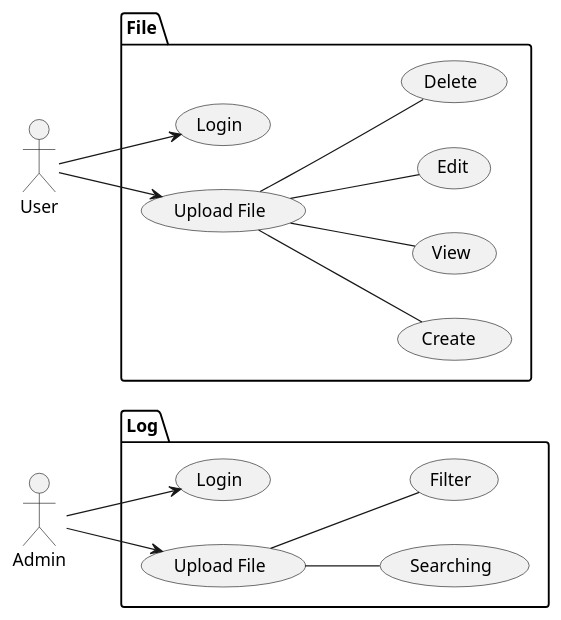
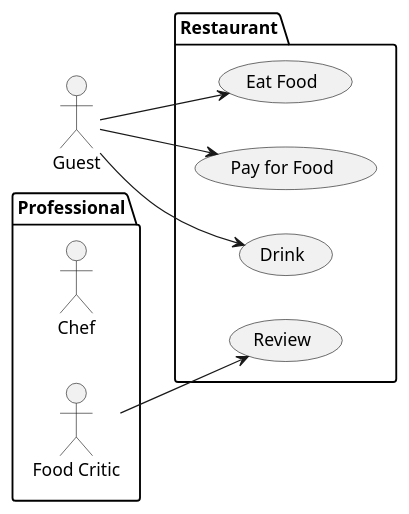
Before and after one commit to baolam101101/log-system: the diagram in docs/usecases.plantuml, drawn with PlantUML. The commit also changed 115 other files, not shown here.

```diff
--- a/docs/usecases.plantuml
+++ b/docs/usecases.plantuml
@@ -1,35 +1,18 @@
 @startuml
 left to right direction
-actor Admin as g
-actor User as f
-
-package Log {
-  usecase "Login" as UC1
-  usecase "Upload File" as UC2
-  usecase "Searching" as UC3
-  usecase "Filter" as UC4
+actor Guest as g
+package Professional {
+  actor Chef as c
+  actor "Food Critic" as fc
 }
-
-package File {
-  usecase "Login" as UC5
-  usecase "Upload File" as UC6
-  usecase "Create " as UC7
-  usecase "View" as UC8
-  usecase "Edit" as UC9
-  usecase "Delete" as UC10
-
+package Restaurant {
+  usecase "Eat Food" as UC1
+  usecase "Pay for Food" as UC2
+  usecase "Drink" as UC3
+  usecase "Review" as UC4
 }
-
+fc --> UC4
 g --> UC1
 g --> UC2
-UC2 -- UC3
-UC2 -- UC4
-
-f --> UC6
-f --> UC5
-UC6 -- UC7
-UC6 -- UC8
-UC6 -- UC9
-UC6 -- UC10
-
+g --> UC3
 @enduml
```
